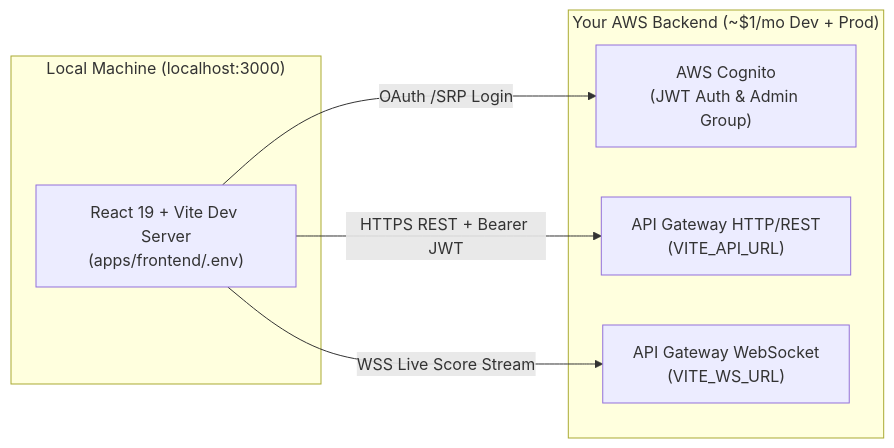
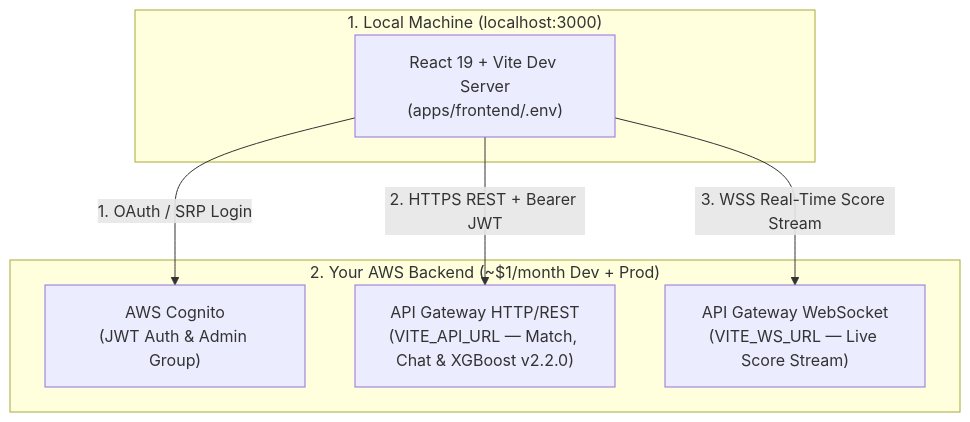
One commit to venkatesh-singamsetty/cricscore changed the diagram in docs/local_frontend_quickstart.md. Above: the diagram before and after it, drawn with Mermaid. The commit also changed other lines of this file and 43 other files, not shown here.

````diff
--- a/docs/local_frontend_quickstart.md
+++ b/docs/local_frontend_quickstart.md
@@ -16,16 +16,16 @@
 ```mermaid
-flowchart LR
-    subgraph Local["Local Machine (localhost:3000)"]
+flowchart TD
+    subgraph Local["1. Local Machine (localhost:3000)"]
         Vite["React 19 + Vite Dev Server\n(apps/frontend/.env)"]
     end
 
-    subgraph AWS["Your AWS Backend (~$1/mo Dev + Prod)"]
+    subgraph AWS["2. Your AWS Backend (~$1/month Dev + Prod)"]
         Cognito["AWS Cognito\n(JWT Auth & Admin Group)"]
-        RestAPI["API Gateway HTTP/REST\n(VITE_API_URL)"]
-        WsAPI["API Gateway WebSocket\n(VITE_WS_URL)"]
+        RestAPI["API Gateway HTTP/REST\n(VITE_API_URL — Match, Chat & XGBoost v2.2.0)"]
+        WsAPI["API Gateway WebSocket\n(VITE_WS_URL — Live Score Stream)"]
     end
 
-    Vite -->|"OAuth /SRP Login"| Cognito
-    Vite -->|"HTTPS REST + Bearer JWT"| RestAPI
-    Vite -->|"WSS Live Score Stream"| WsAPI
+    Vite -->|"1. OAuth / SRP Login"| Cognito
+    Vite -->|"2. HTTPS REST + Bearer JWT"| RestAPI
+    Vite -->|"3. WSS Real-Time Score Stream"| WsAPI
 ```
````
